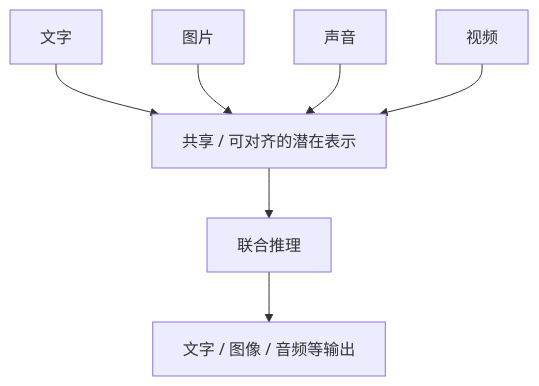
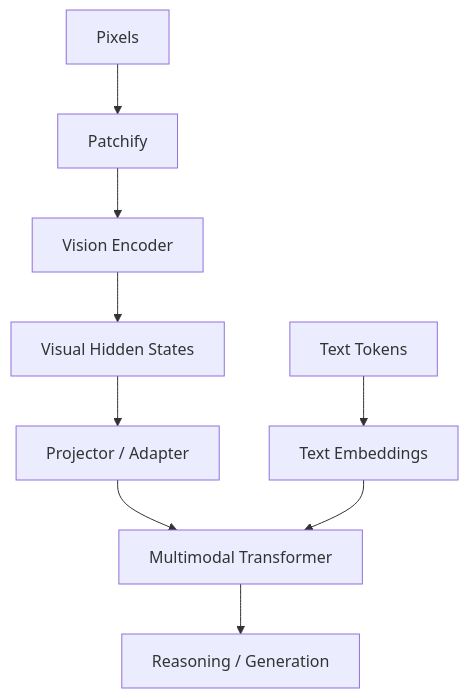
The fourth of 4 diagrams in docs/05_multimodal/index.md (lizuyi-6/day0), drawn with Mermaid before and after one commit. The commit also changed other lines of this file, not shown here.

Commit message:
docs: complete native multimodal chapter

````diff
--- a/docs/05_multimodal/index.md
+++ b/docs/05_multimodal/index.md
@@ -204,9 +530,11 @@
 ```mermaid
 flowchart TD
-    A[文字] --> E[共享 / 可对齐的潜在表示]
-    B[图片] --> E
-    C[声音] --> E
-    D[视频] --> E
-    E --> F[联合推理]
-    F --> G[文字 / 图像 / 音频等输出]
+    P[Pixels] --> PA[Patchify]
+    PA --> VE[Vision Encoder]
+    VE --> VT[Visual Hidden States]
+    VT --> PR[Projector / Adapter]
+    PR --> MM[Multimodal Transformer]
+    T[Text Tokens] --> TE[Text Embeddings]
+    TE --> MM
+    MM --> R[Reasoning / Generation]
 ```
````
